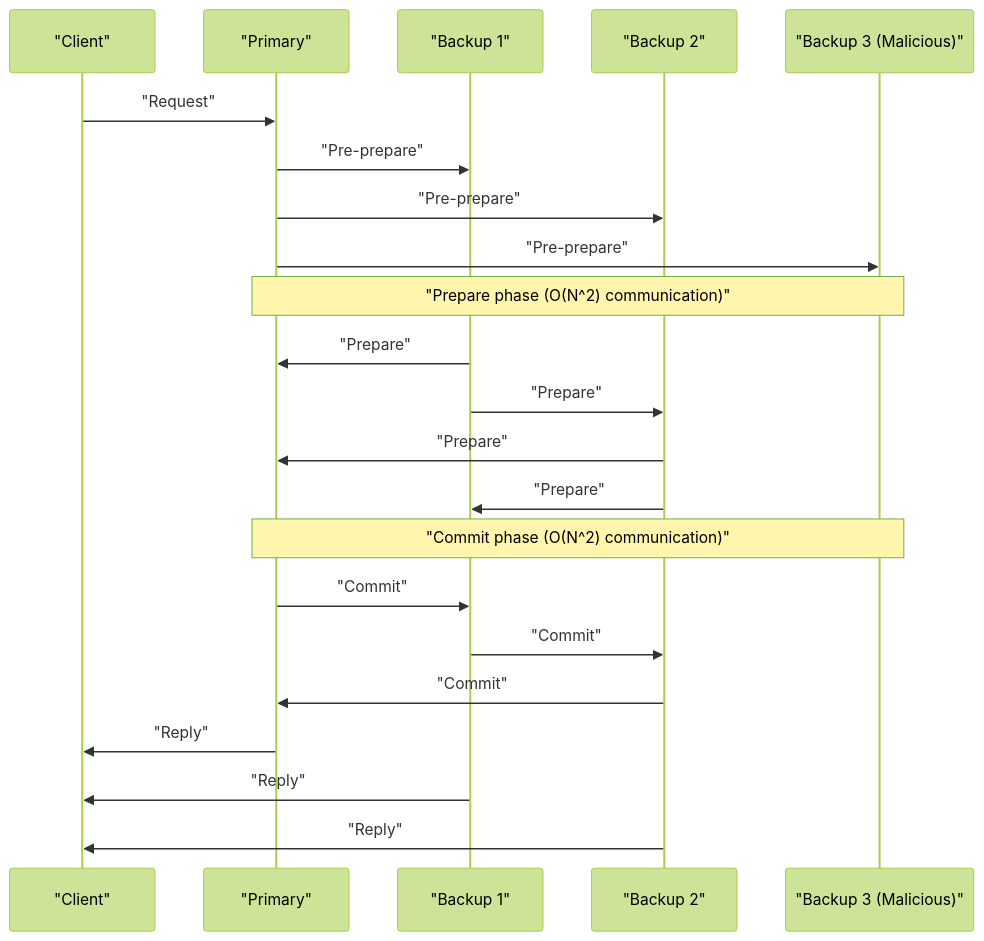
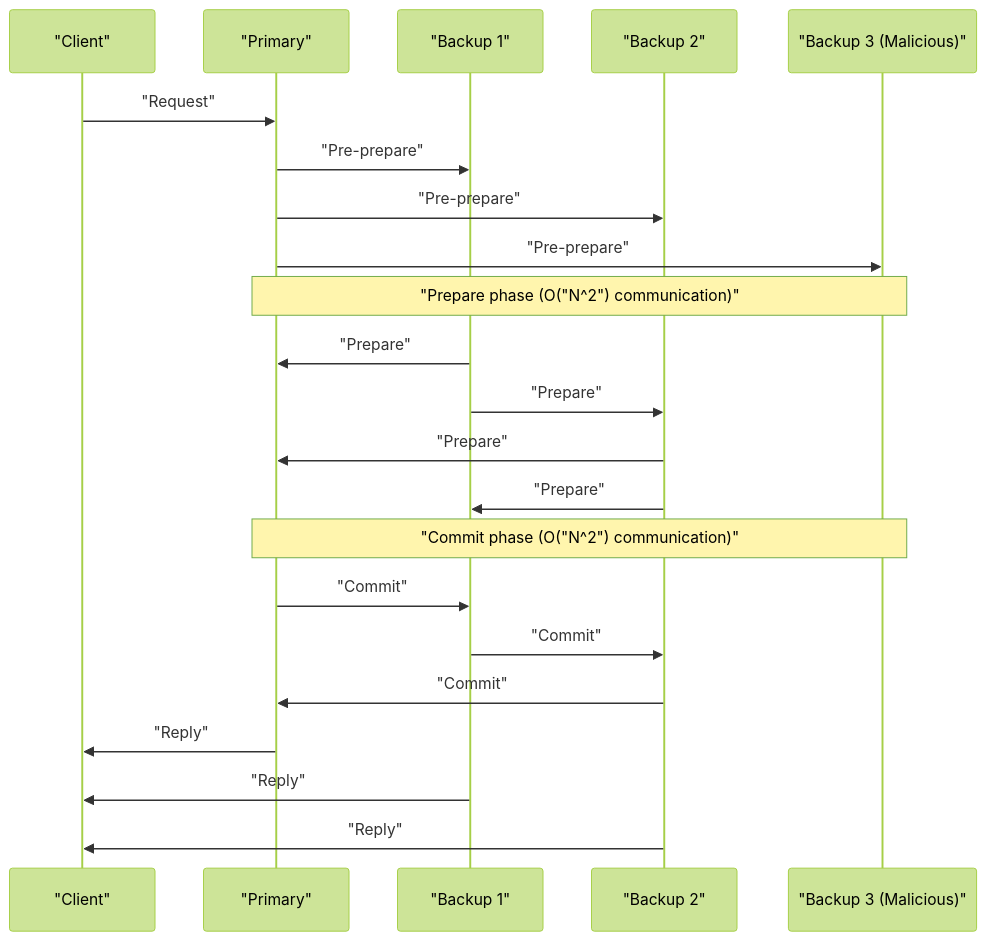
One commit to kenjinote/blog changed the third of 3 diagrams in content/post/byzantine-generals-problem-consensus/index.en.md. Above: the diagram before and after it, drawn with Mermaid (forest theme). The commit also changed 929 other files, not shown here.

Commit message:
fix: Add double quotes to all Mermaid node texts to resolve syntax errors

````diff
--- a/content/post/byzantine-generals-problem-consensus/index.en.md
+++ b/content/post/byzantine-generals-problem-consensus/index.en.md
@@ -245,28 +245,28 @@
 ```mermaid
 sequenceDiagram
     participant C as "Client"
     participant P as "Primary"
     participant B1 as "Backup 1"
     participant B2 as "Backup 2"
     participant B3 as "Backup 3 (Malicious)"
 
     C->>P: "Request"
     P->>B1: "Pre-prepare"
     P->>B2: "Pre-prepare"
     P->>B3: "Pre-prepare"
     
-    Note over P,B3: "Prepare phase (O(N^2) communication)"
+    Note over P,B3: "Prepare phase (O("N^2") communication)"
     B1->>P: "Prepare"
     B1->>B2: "Prepare"
     B2->>P: "Prepare"
     B2->>B1: "Prepare"
     
-    Note over P,B3: "Commit phase (O(N^2) communication)"
+    Note over P,B3: "Commit phase (O("N^2") communication)"
     P->>B1: "Commit"
     B1->>B2: "Commit"
     B2->>P: "Commit"
     
     P->>C: "Reply"
     B1->>C: "Reply"
     B2->>C: "Reply"
 ```
````
